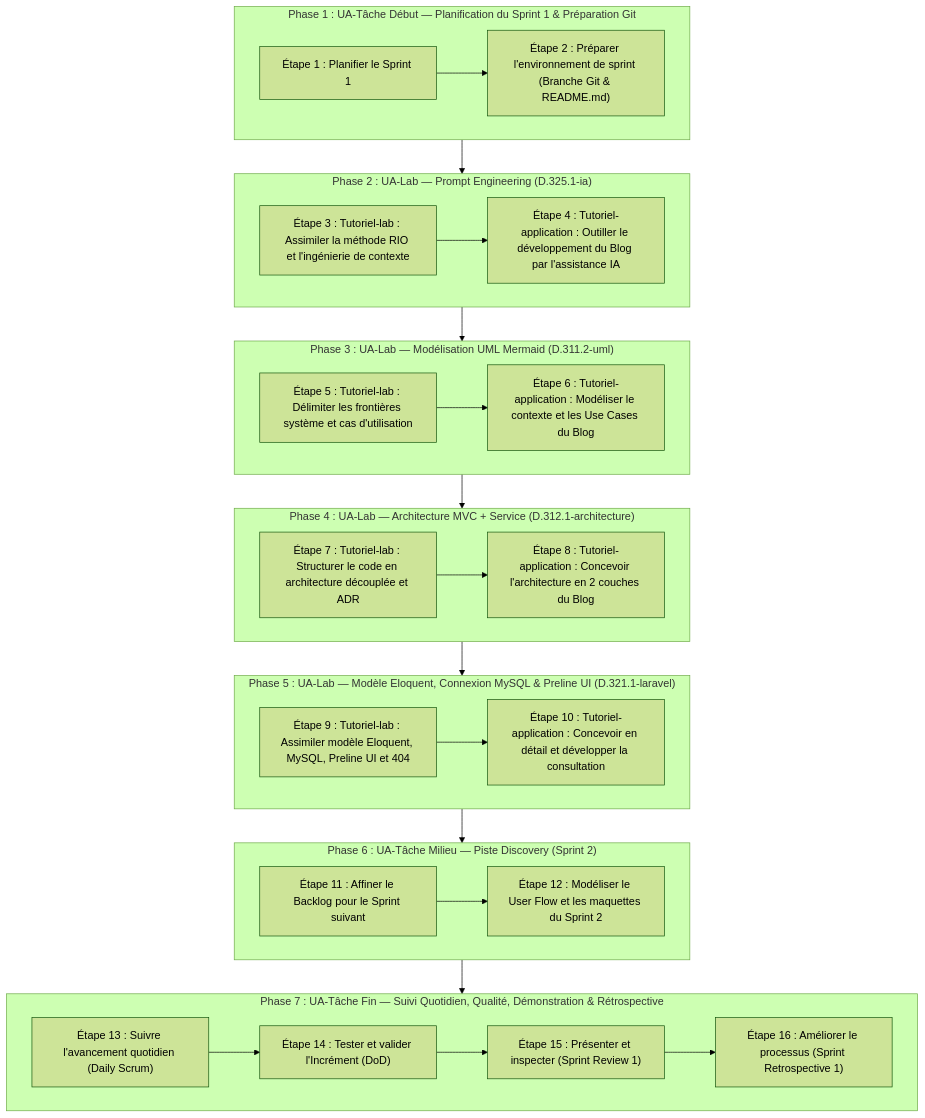
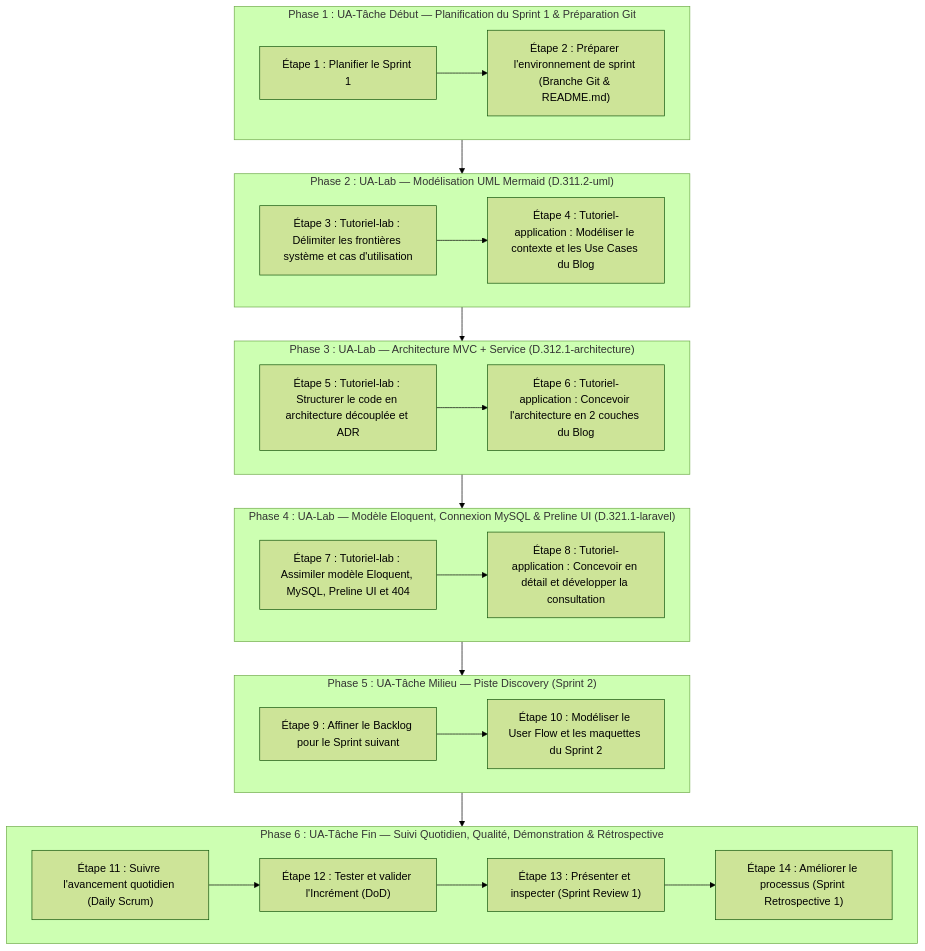
Before and after one commit to labs-web/projet-imiation-n3: the diagram in flux-travail/sessions/flux-travail-s1.md, drawn with Mermaid (forest theme). The commit also changed other lines of this file and 5 other files, not shown here.

````diff
--- a/flux-travail/sessions/flux-travail-s1.md
+++ b/flux-travail/sessions/flux-travail-s1.md
@@ -44,48 +42,42 @@
 ```mermaid
 flowchart TD
     subgraph P1 ["Phase 1 : UA-Tâche Début — Planification du Sprint 1 & Préparation Git"]
         E1["Étape 1 : Planifier le Sprint 1"]
         E2["Étape 2 : Préparer l'environnement de sprint (Branche Git & README.md)"]
         E1 --> E2
     end
 
-    subgraph P2 ["Phase 2 : UA-Lab — Prompt Engineering (D.325.1-ia)"]
-        E3["Étape 3 : Tutoriel-lab : Assimiler la méthode RIO et l'ingénierie de contexte"]
-        E4["Étape 4 : Tutoriel-application : Outiller le développement du Blog par l'assistance IA"]
+    subgraph P2 ["Phase 2 : UA-Lab — Modélisation UML Mermaid (D.311.2-uml)"]
+        E3["Étape 3 : Tutoriel-lab : Délimiter les frontières système et cas d'utilisation"]
+        E4["Étape 4 : Tutoriel-application : Modéliser le contexte et les Use Cases du Blog"]
         E3 --> E4
     end
 
-    subgraph P3 ["Phase 3 : UA-Lab — Modélisation UML Mermaid (D.311.2-uml)"]
-        E5["Étape 5 : Tutoriel-lab : Délimiter les frontières système et cas d'utilisation"]
-        E6["Étape 6 : Tutoriel-application : Modéliser le contexte et les Use Cases du Blog"]
+    subgraph P3 ["Phase 3 : UA-Lab — Architecture MVC + Service (D.312.1-architecture)"]
+        E5["Étape 5 : Tutoriel-lab : Structurer le code en architecture découplée et ADR"]
+        E6["Étape 6 : Tutoriel-application : Concevoir l'architecture en 2 couches du Blog"]
         E5 --> E6
     end
 
-    subgraph P4 ["Phase 4 : UA-Lab — Architecture MVC + Service (D.312.1-architecture)"]
-        E7["Étape 7 : Tutoriel-lab : Structurer le code en architecture découplée et ADR"]
-        E8["Étape 8 : Tutoriel-application : Concevoir l'architecture en 2 couches du Blog"]
+    subgraph P4 ["Phase 4 : UA-Lab — Modèle Eloquent, Connexion MySQL & Preline UI (D.321.1-laravel)"]
+        E7["Étape 7 : Tutoriel-lab : Assimiler modèle Eloquent, MySQL, Preline UI et 404"]
+        E8["Étape 8 : Tutoriel-application : Concevoir en détail et développer la consultation"]
         E7 --> E8
     end
 
-    subgraph P5 ["Phase 5 : UA-Lab — Modèle Eloquent, Connexion MySQL & Preline UI (D.321.1-laravel)"]
-        E9["Étape 9 : Tutoriel-lab : Assimiler modèle Eloquent, MySQL, Preline UI et 404"]
-        E10["Étape 10 : Tutoriel-application : Concevoir en détail et développer la consultation"]
+    subgraph P5 ["Phase 5 : UA-Tâche Milieu — Piste Discovery (Sprint 2)"]
+        E9["Étape 9 : Affiner le Backlog pour le Sprint suivant"]
+        E10["Étape 10 : Modéliser le User Flow et les maquettes du Sprint 2"]
         E9 --> E10
     end
 
-    subgraph P6 ["Phase 6 : UA-Tâche Milieu — Piste Discovery (Sprint 2)"]
-        E11["Étape 11 : Affiner le Backlog pour le Sprint suivant"]
-        E12["Étape 12 : Modéliser le User Flow et les maquettes du Sprint 2"]
-        E11 --> E12
+    subgraph P6 ["Phase 6 : UA-Tâche Fin — Suivi Quotidien, Qualité, Démonstration & Rétrospective"]
+        E11["Étape 11 : Suivre l'avancement quotidien (Daily Scrum)"]
+        E12["Étape 12 : Tester et valider l'Incrément (DoD)"]
+        E13["Étape 13 : Présenter et inspecter (Sprint Review 1)"]
+        E14["Étape 14 : Améliorer le processus (Sprint Retrospective 1)"]
+        E11 --> E12 --> E13 --> E14
     end
 
-    subgraph P7 ["Phase 7 : UA-Tâche Fin — Suivi Quotidien, Qualité, Démonstration & Rétrospective"]
-        E13["Étape 13 : Suivre l'avancement quotidien (Daily Scrum)"]
-        E14["Étape 14 : Tester et valider l'Incrément (DoD)"]
-        E15["Étape 15 : Présenter et inspecter (Sprint Review 1)"]
-        E16["Étape 16 : Améliorer le processus (Sprint Retrospective 1)"]
-        E13 --> E14 --> E15 --> E16
-    end
-
-    P1 --> P2 --> P3 --> P4 --> P5 --> P6 --> P7
+    P1 --> P2 --> P3 --> P4 --> P5 --> P6
 ```
````
